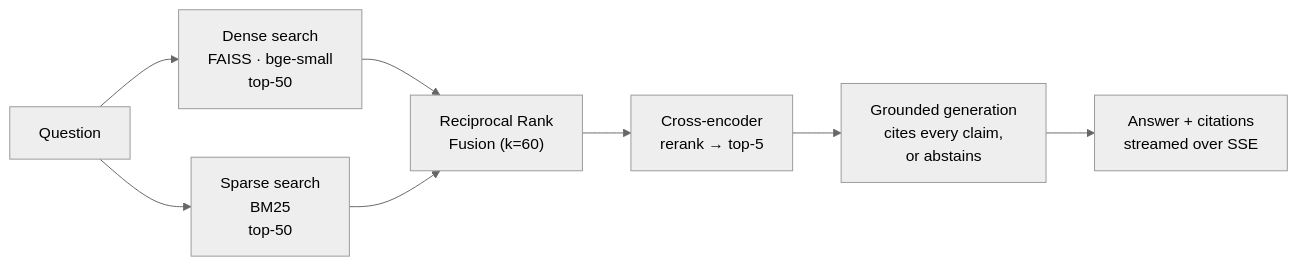
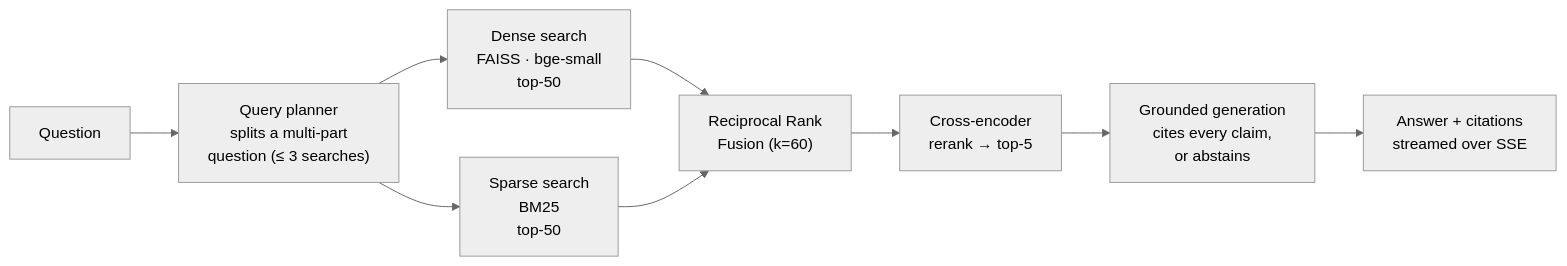
The first of 3 diagrams in README.md (krishivsaini/Sentinel), drawn with Mermaid (neutral theme) before and after one commit. The commit also changed other lines of this file and 18 other files, not shown here.

````diff
--- a/README.md
+++ b/README.md
@@ -202,10 +226,11 @@
 ```mermaid
 flowchart LR
-    Q["Question"] --> D["Dense search<br/>FAISS · bge-small<br/>top-50"]
-    Q --> S["Sparse search<br/>BM25<br/>top-50"]
+    Q["Question"] --> PL["Query planner<br/>splits a multi-part<br/>question (≤ 3 searches)"]
+    PL --> D["Dense search<br/>FAISS · bge-small<br/>top-50"]
+    PL --> S["Sparse search<br/>BM25<br/>top-50"]
     D --> F["Reciprocal Rank<br/>Fusion (k=60)"]
     S --> F
     F --> R["Cross-encoder<br/>rerank → top-5"]
     R --> G["Grounded generation<br/>cites every claim,<br/>or abstains"]
     G --> A["Answer + citations<br/>streamed over SSE"]
 ```
````
